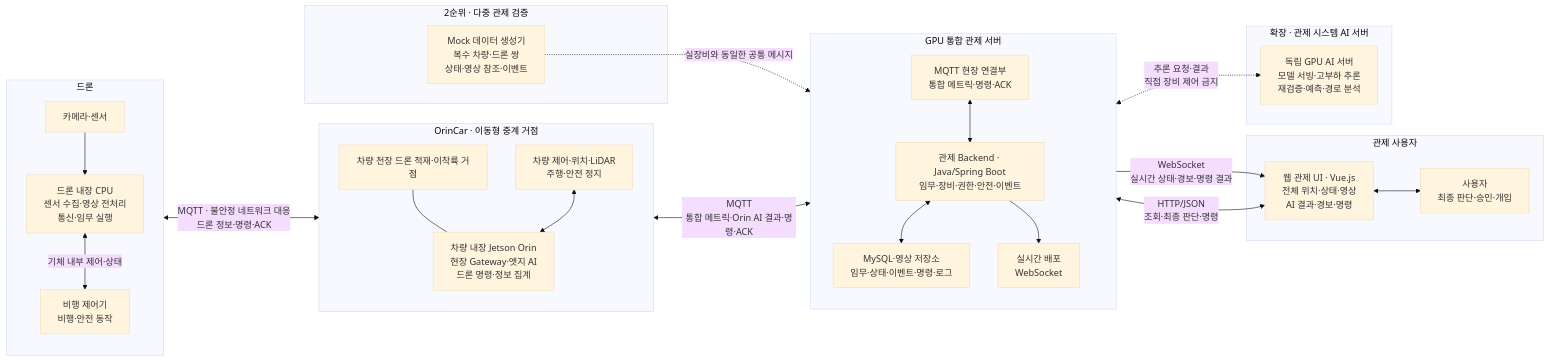
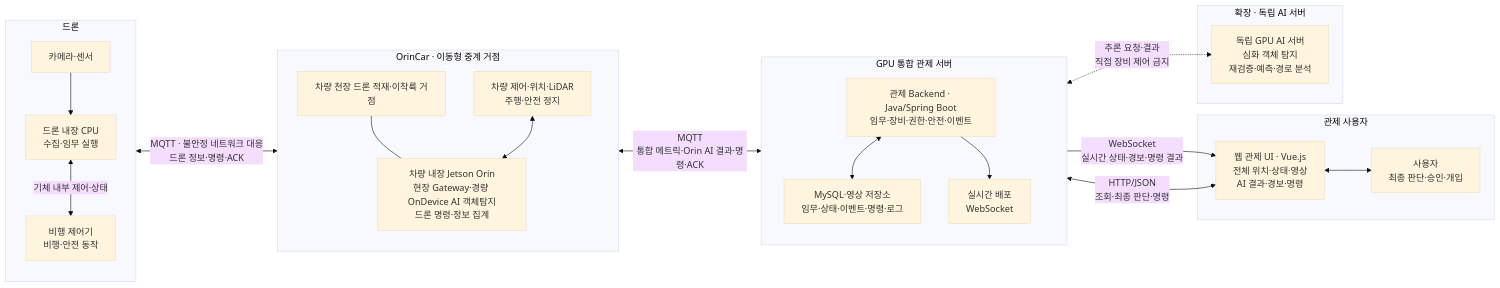
Before and after one commit to yeonsookr/ai-drone-vehicle-fire-rescue-control: the first of 4 diagrams in architecture_blueprint.md, drawn with Mermaid (base theme). The commit also changed other lines of this file, not shown here.

Commit message:
Plan_0715_1550

````diff
--- a/architecture_blueprint.md
+++ b/architecture_blueprint.md
@@ -14,59 +14,53 @@
 ```mermaid
 flowchart LR
     subgraph DRONE["드론"]
         direction TB
 
         SENSOR["카메라·센서"]
-        DCPU["드론 내장 CPU<br/>센서 수집·영상 전처리<br/>통신·임무 실행"]
+        DCPU["드론 내장 CPU<br/>수집·임무 실행"]
         FC["비행 제어기<br/>비행·안전 동작"]
 
         SENSOR --> DCPU
         DCPU <-->|"기체 내부 제어·상태"| FC
     end
 
     subgraph VEHICLE["OrinCar · 이동형 중계 거점"]
         direction TB
 
         DOCK["차량 천장 드론 적재·이착륙 거점"]
-        ORIN["차량 내장 Jetson Orin<br/>현장 Gateway·엣지 AI<br/>드론 명령·정보 집계"]
+        ORIN["차량 내장 Jetson Orin<br/>현장 Gateway·경량 OnDevice AI 객체탐지<br/>드론 명령·정보 집계"]
         CARCTRL["차량 제어·위치·LiDAR<br/>주행·안전 정지"]
 
         DOCK --- ORIN
         CARCTRL <--> ORIN
     end
 
     subgraph CENTER["GPU 통합 관제 서버"]
         direction TB
 
-        INGEST["MQTT 현장 연결부<br/>통합 메트릭·명령·ACK"]
         SERVER["관제 Backend · Java/Spring Boot<br/>임무·장비·권한·안전·이벤트"]
         DB["MySQL·영상 저장소<br/>임무·상태·이벤트·명령·로그"]
         REALTIME["실시간 배포<br/>WebSocket"]
 
-        INGEST <--> SERVER
         SERVER <--> DB
         SERVER --> REALTIME
     end
 
     subgraph USER["관제 사용자"]
         UI["웹 관제 UI · Vue.js<br/>전체 위치·상태·영상<br/>AI 결과·경보·명령"]
         OP["사용자<br/>최종 판단·승인·개입"]
 
         UI <--> OP
     end
 
-    subgraph MOCK["2순위 · 다중 관제 검증"]
-        MOCKDATA["Mock 데이터 생성기<br/>복수 차량·드론 쌍<br/>상태·영상 참조·이벤트"]
-    end
 
-    subgraph AIEXP["확장 · 관제 시스템 AI 서버"]
-        AISERVER["독립 GPU AI 서버<br/>모델 서빙·고부하 추론<br/>재검증·예측·경로 분석"]
+    subgraph AIEXP["확장 · 독립 AI 서버"]
+        AISERVER["독립 GPU AI 서버<br/>심화 객체 탐지<br/>재검증·예측·경로 분석"]
     end
 
     DCPU <-->|"MQTT · 불안정 네트워크 대응<br/>드론 정보·명령·ACK"| ORIN
-    ORIN <-->|"MQTT<br/>통합 메트릭·Orin AI 결과·명령·ACK"| INGEST
+    ORIN <-->|"MQTT<br/>통합 메트릭·Orin AI 결과·명령·ACK"| SERVER
     REALTIME -->|"WebSocket<br/>실시간 상태·경보·명령 결과"| UI
     UI <-->|"HTTP/JSON<br/>조회·최종 판단·명령"| SERVER
-    MOCKDATA -.->|"실장비와 동일한 공통 메시지"| INGEST
     SERVER <-.->|"추론 요청·결과<br/>직접 장비 제어 금지"| AISERVER
 ```
````
